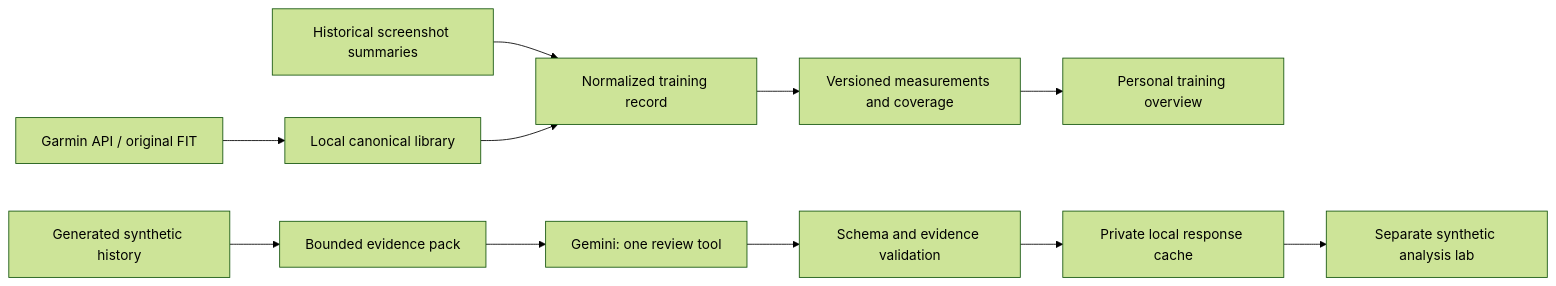
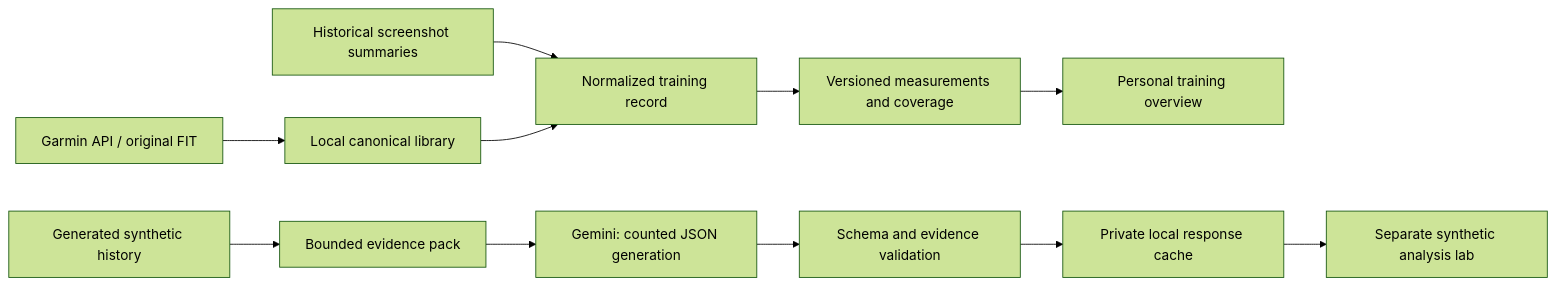
The diagram in my-fitness-analyser/docs/GEMINI_ANALYSIS.md (shubhams-git/My_Fitness_Analyser), drawn with Mermaid (forest theme) before and after one commit. The commit also changed other lines of this file and 38 other files, not shown here.

````diff
--- a/my-fitness-analyser/docs/GEMINI_ANALYSIS.md
+++ b/my-fitness-analyser/docs/GEMINI_ANALYSIS.md
@@ -20,13 +12,13 @@
 ```mermaid
 flowchart LR
   G[Garmin API / original FIT] --> L[Local canonical library]
   H[Historical screenshot summaries] --> N[Normalized training record]
   L --> N
   N --> D[Versioned measurements and coverage]
   D --> U[Personal training overview]
   S[Generated synthetic history] --> E[Bounded evidence pack]
-  E --> M[Gemini: one review tool]
+  E --> M[Gemini: counted JSON generation]
   M --> V[Schema and evidence validation]
   V --> C[Private local response cache]
   C --> R[Separate synthetic analysis lab]
 ```
````
